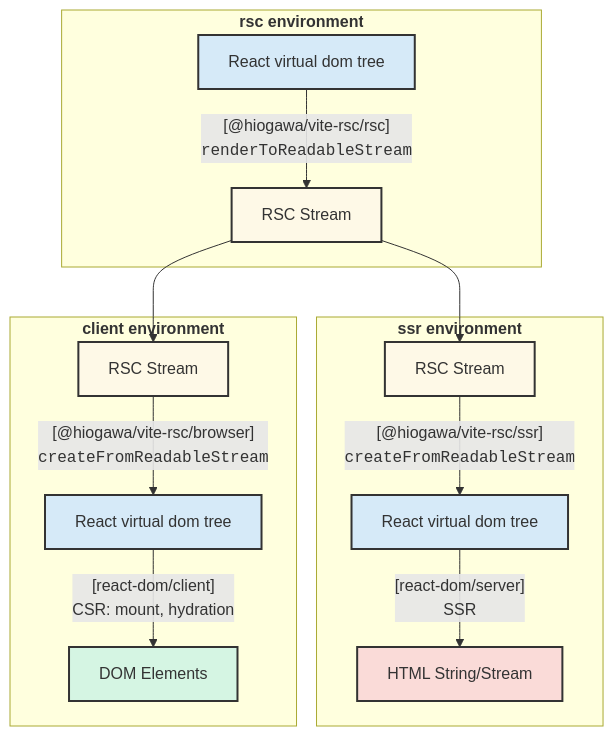
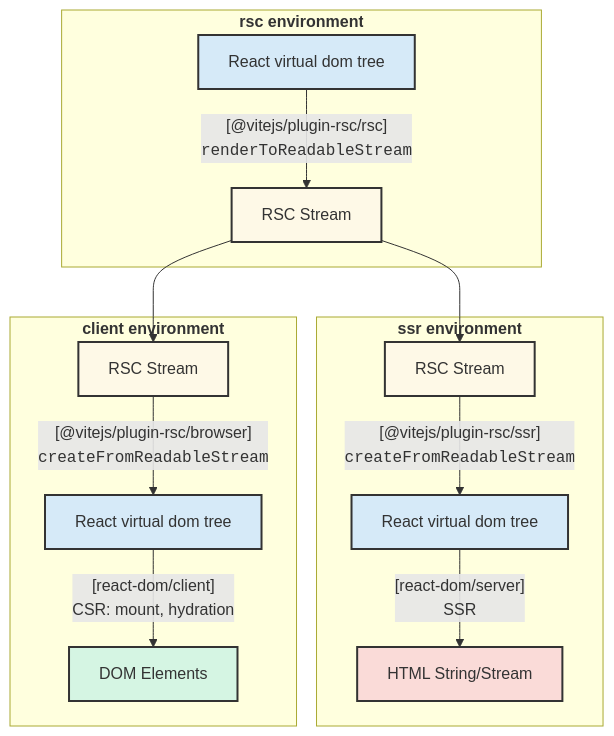
The diagram in packages/plugin-rsc/README.md (vitejs/vite-plugin-react), drawn with Mermaid before and after one commit. The commit also changed other lines of this file and 48 other files, not shown here.

Commit message:
chore: rename `@hiogawa/vite-rsc` to `@vitejs/plugin-rsc`

````diff
--- a/packages/plugin-rsc/README.md
+++ b/packages/plugin-rsc/README.md
@@ -38,29 +38,29 @@
 ```mermaid
 graph TD
 
     subgraph "<strong>rsc environment</strong>"
-        A["React virtual dom tree"] --> |"[@hiogawa/vite-rsc/rsc]<br /><code>renderToReadableStream</code>"| B1["RSC Stream"];
+        A["React virtual dom tree"] --> |"[@vitejs/plugin-rsc/rsc]<br /><code>renderToReadableStream</code>"| B1["RSC Stream"];
     end
 
     B1 --> B2
     B1 --> B3
 
     subgraph "<strong>ssr environment</strong>"
-        B2["RSC Stream"] --> |"[@hiogawa/vite-rsc/ssr]<br /><code>createFromReadableStream</code>"| C1["React virtual dom tree"];
+        B2["RSC Stream"] --> |"[@vitejs/plugin-rsc/ssr]<br /><code>createFromReadableStream</code>"| C1["React virtual dom tree"];
         C1 --> |"[react-dom/server]<br/>SSR"| E["HTML String/Stream"];
     end
 
     subgraph "<strong>client environment</strong>"
-        B3["RSC Stream"] --> |"[@hiogawa/vite-rsc/browser]<br /><code>createFromReadableStream</code>"| C2["React virtual dom tree"];
+        B3["RSC Stream"] --> |"[@vitejs/plugin-rsc/browser]<br /><code>createFromReadableStream</code>"| C2["React virtual dom tree"];
         C2 --> |"[react-dom/client]<br/>CSR: mount, hydration"| D["DOM Elements"];
     end
 
     style A fill:#D6EAF8,stroke:#333,stroke-width:2px
     style B1 fill:#FEF9E7,stroke:#333,stroke-width:2px
     style B2 fill:#FEF9E7,stroke:#333,stroke-width:2px
     style B3 fill:#FEF9E7,stroke:#333,stroke-width:2px
     style C1 fill:#D6EAF8,stroke:#333,stroke-width:2px
     style C2 fill:#D6EAF8,stroke:#333,stroke-width:2px
     style D fill:#D5F5E3,stroke:#333,stroke-width:2px
     style E fill:#FADBD8,stroke:#333,stroke-width:2px
 ```
````
